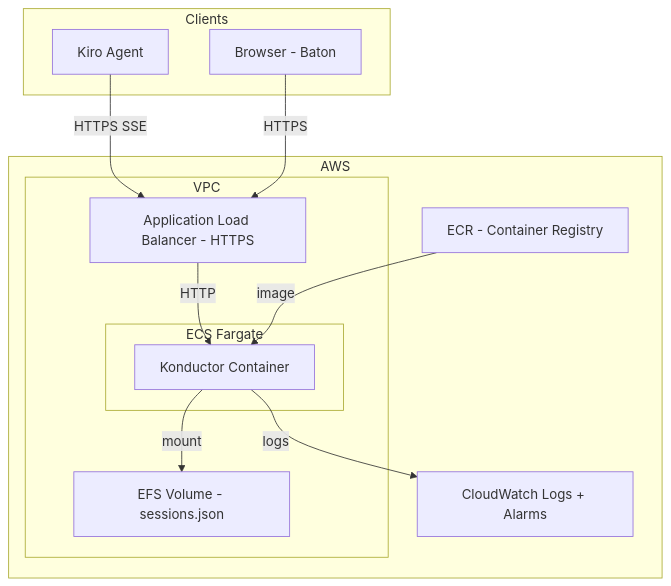
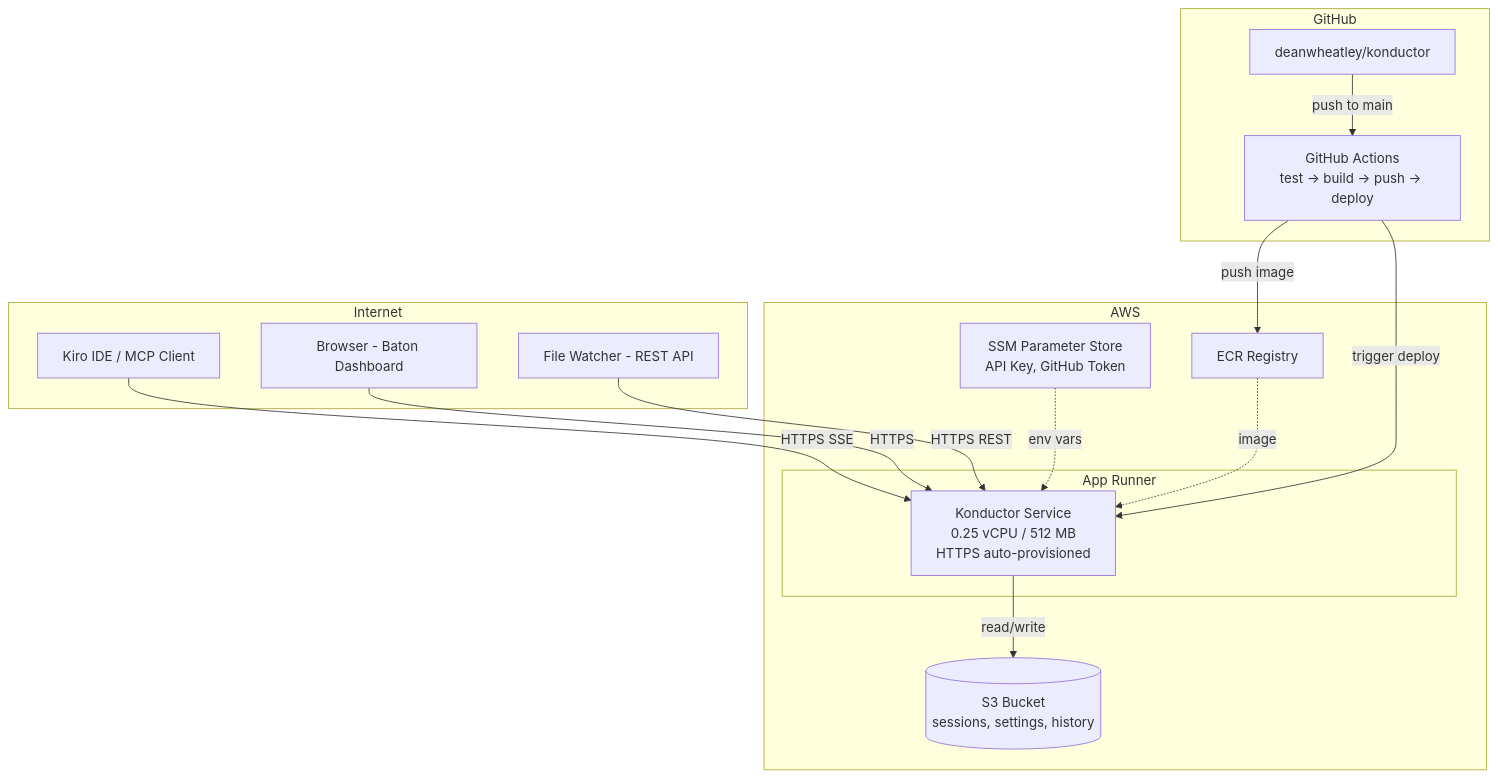
Before and after one commit to deanwheatley/konductor: the diagram in .kiro/specs/konductor-production/design.md, drawn with Mermaid. The commit also changed other lines of this file and 119 other files, not shown here.

Commit message:
Add AWS production deployment: Dockerfile, S3 persistence, CDK stack, GitHub Actions CI/CD [ai-generated]

````diff
--- a/.kiro/specs/konductor-production/design.md
+++ b/.kiro/specs/konductor-production/design.md
@@ -9,26 +9,33 @@
 ```mermaid
 graph TB
-    subgraph "AWS"
-        subgraph "VPC"
-            ALB[Application Load Balancer - HTTPS]
-            subgraph "ECS Fargate"
-                TASK[Konductor Container]
-            end
-            EFS[EFS Volume - sessions.json]
-        end
-        CW[CloudWatch Logs + Alarms]
-        ECR[ECR - Container Registry]
+    subgraph "Internet"
+        K1[Kiro IDE / MCP Client]
+        BR[Browser - Baton Dashboard]
+        FW[File Watcher - REST API]
     end
 
-    subgraph "Clients"
-        K1[Kiro Agent]
-        BR[Browser - Baton]
+    subgraph "AWS"
+        subgraph "App Runner"
+            SVC[Konductor Service<br/>0.25 vCPU / 512 MB<br/>HTTPS auto-provisioned]
+        end
+
+        ECR[ECR Registry]
+        S3[(S3 Bucket<br/>sessions, settings, history)]
+        SSM[SSM Parameter Store<br/>API Key, GitHub Token]
     end
 
-    K1 -->|HTTPS SSE| ALB
-    BR -->|HTTPS| ALB
-    ALB -->|HTTP| TASK
-    TASK -->|mount| EFS
-    TASK -->|logs| CW
-    ECR -->|image| TASK
+    subgraph "GitHub"
+        GHA[GitHub Actions<br/>test → build → push → deploy]
+        REPO[deanwheatley/konductor]
+    end
+
+    K1 -->|HTTPS SSE| SVC
+    BR -->|HTTPS| SVC
+    FW -->|HTTPS REST| SVC
+    SVC -->|read/write| S3
+    SSM -.->|env vars| SVC
+    ECR -.->|image| SVC
+    REPO -->|push to main| GHA
+    GHA -->|push image| ECR
+    GHA -->|trigger deploy| SVC
 ```
````
